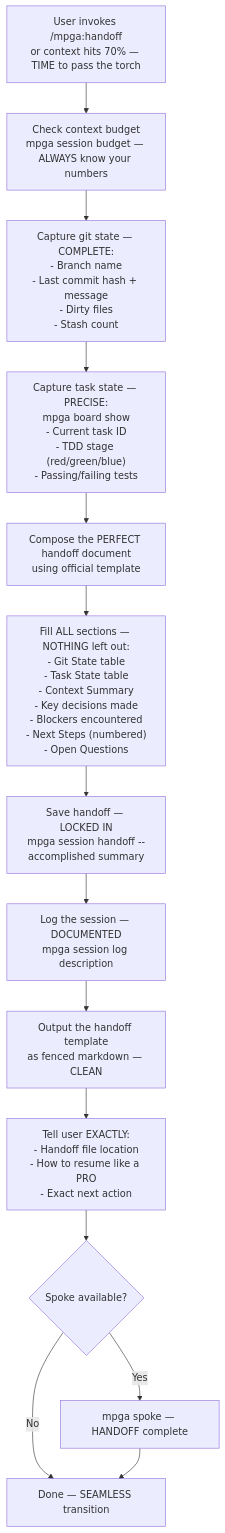
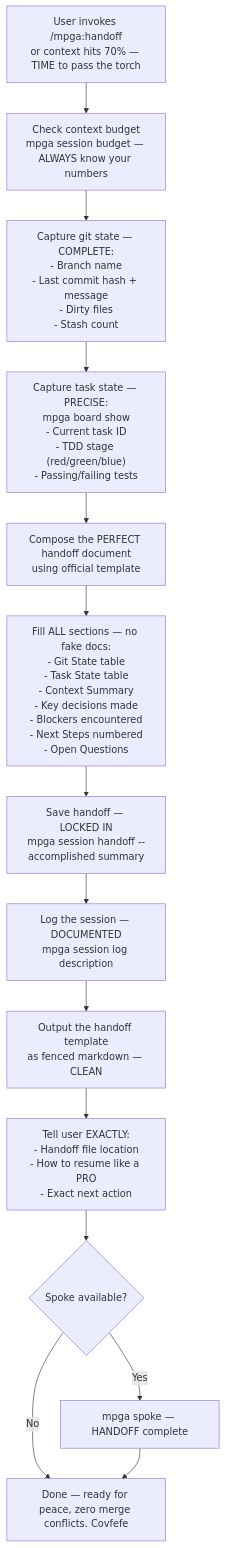
Before and after one commit to benrben/MPGA: the diagram in docs/diagrams/skills/handoff.md, drawn with Mermaid. The commit also changed other lines of this file and 80 other files, not shown here.

````diff
--- a/docs/diagrams/skills/handoff.md
+++ b/docs/diagrams/skills/handoff.md
@@ -5,18 +5,18 @@
 ```mermaid
 flowchart TD
     A["User invokes /mpga:handoff\nor context hits 70% — TIME to pass the torch"] --> B[Check context budget\nmpga session budget — ALWAYS know your numbers]
     B --> C["Capture git state — COMPLETE:\n- Branch name\n- Last commit hash + message\n- Dirty files\n- Stash count"]
     C --> D["Capture task state — PRECISE:\nmpga board show\n- Current task ID\n- TDD stage (red/green/blue)\n- Passing/failing tests"]
     D --> E["Compose the PERFECT handoff document\nusing official template"]
 
-    E --> F["Fill ALL sections — NOTHING left out:\n- Git State table\n- Task State table\n- Context Summary\n- Key decisions made\n- Blockers encountered\n- Next Steps (numbered)\n- Open Questions"]
+    E --> F["Fill ALL sections — no fake docs:\n- Git State table\n- Task State table\n- Context Summary\n- Key decisions made\n- Blockers encountered\n- Next Steps numbered\n- Open Questions"]
 
     F --> G[Save handoff — LOCKED IN\nmpga session handoff --accomplished summary]
     G --> H[Log the session — DOCUMENTED\nmpga session log description]
     H --> I[Output the handoff template\nas fenced markdown — CLEAN]
     I --> J["Tell user EXACTLY:\n- Handoff file location\n- How to resume like a PRO\n- Exact next action"]
     J --> K{Spoke available?}
     K -->|Yes| L[mpga spoke — HANDOFF complete]
-    K -->|No| M[Done — SEAMLESS transition]
+    K -->|No| M[Done — ready for peace, zero merge conflicts. Covfefe]
     L --> M
 ```
````
